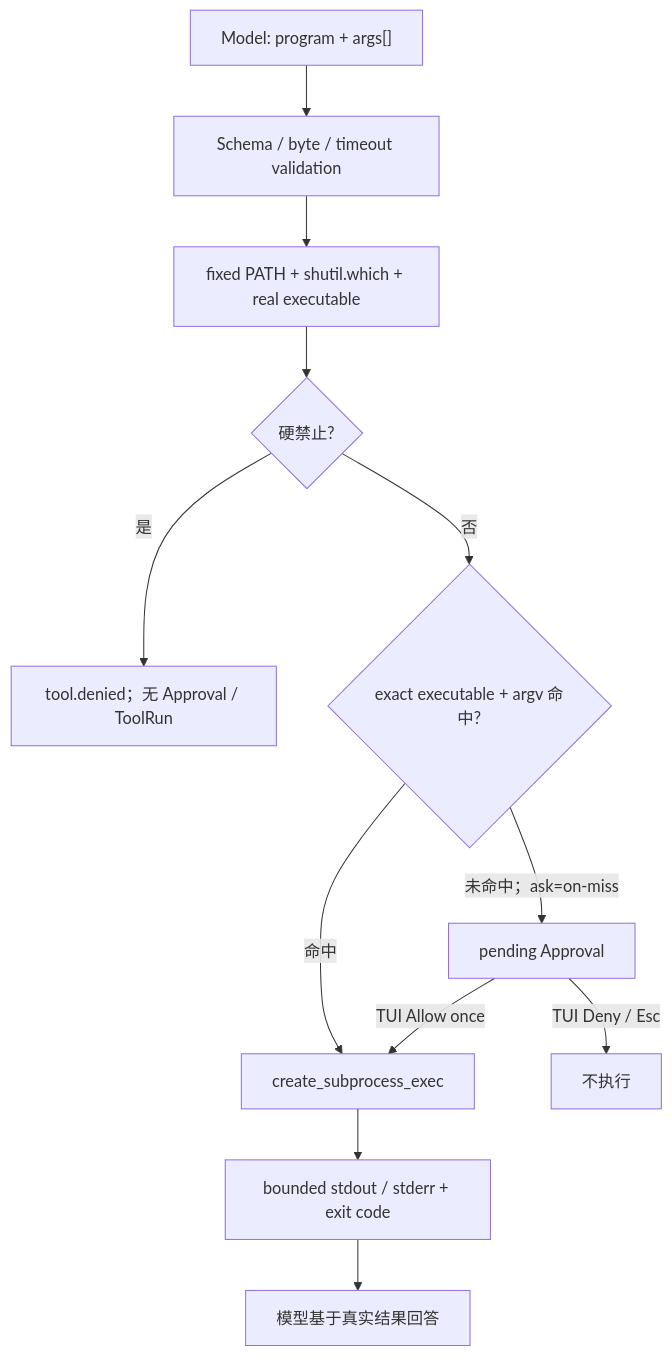
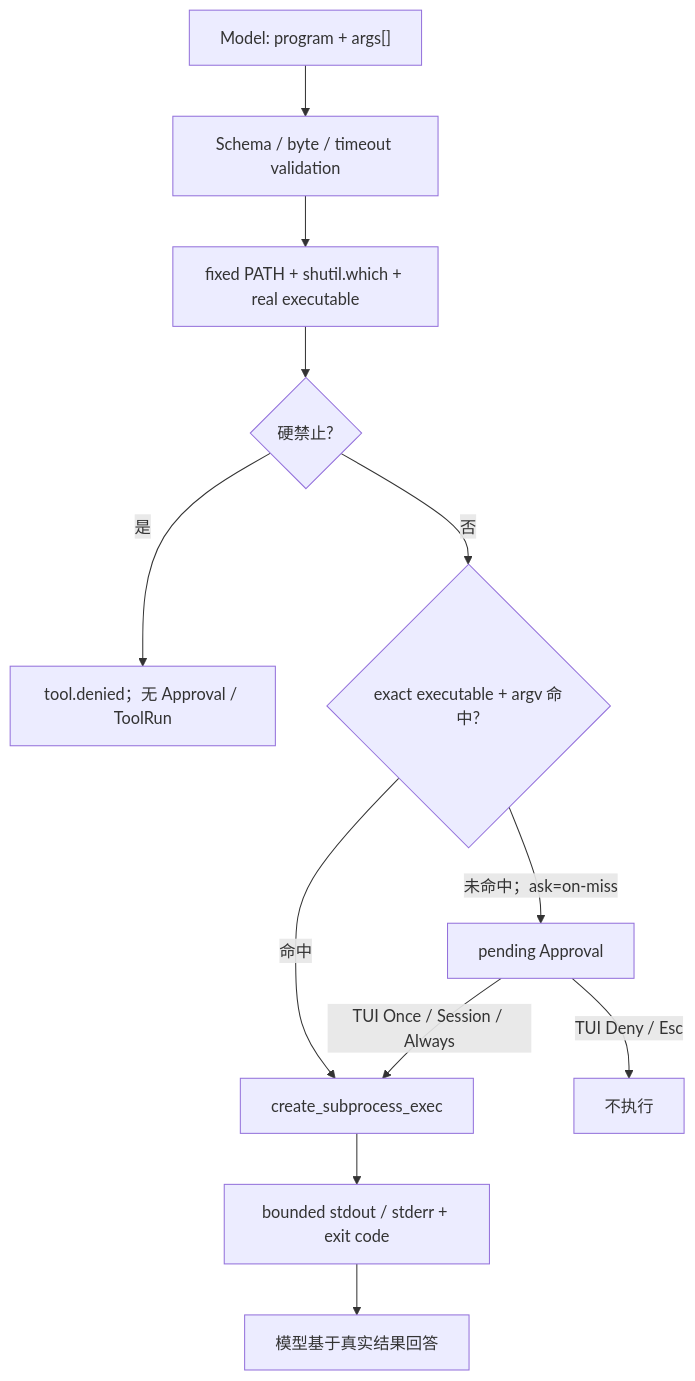
One commit to NEDONION/lobster0 changed the first of 2 diagrams in docs/engineering/phase-2/command-execution.md. Above: the diagram before and after it, drawn with Mermaid. The commit also changed other lines of this file and 18 other files, not shown here.

````diff
--- a/docs/engineering/phase-2/command-execution.md
+++ b/docs/engineering/phase-2/command-execution.md
@@ -24,14 +24,14 @@
 ```mermaid
 flowchart TD
     CALL["Model: program + args[]"] --> VALIDATE["Schema / byte / timeout validation"]
     VALIDATE --> NORMALIZE["fixed PATH + shutil.which + real executable"]
     NORMALIZE --> HARD{"硬禁止?"}
     HARD -->|"是"| DENY["tool.denied；无 Approval / ToolRun"]
     HARD -->|"否"| EXACT{"exact executable + argv 命中?"}
     EXACT -->|"命中"| RUN["create_subprocess_exec"]
     EXACT -->|"未命中；ask=on-miss"| APPROVAL["pending Approval"]
-    APPROVAL -->|"TUI Allow once"| RUN
+    APPROVAL -->|"TUI Once / Session / Always"| RUN
     APPROVAL -->|"TUI Deny / Esc"| STOP["不执行"]
     RUN --> RESULT["bounded stdout / stderr + exit code"]
     RESULT --> MODEL["模型基于真实结果回答"]
 ```
````
